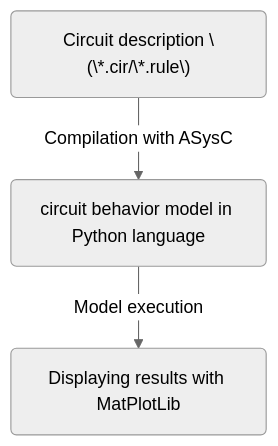
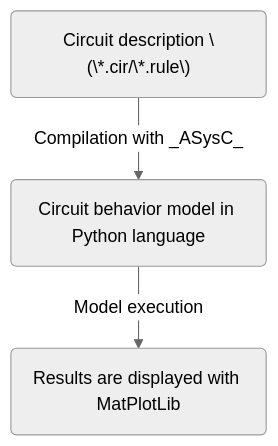
One commit to analog-system-compiler/asysc changed the fifth of 5 diagrams in doc/asysc.adoc. Above: the diagram before and after it, drawn with Mermaid. The commit also changed other lines of this file and 4 other files, not shown here.

```diff
--- a/doc/asysc.adoc
+++ b/doc/asysc.adoc
@@ -264,13 +308,13 @@
 [mermaid]
 ----
 ---
 config:
   theme: neutral
   look: classic
 ---
 flowchart TD
 A("Circuit description \(\*.cir/\*.rule\)")
-B("circuit behavior model in Python language")
-C("Displaying results with MatPlotLib")
-A -- Compilation with ASysC -->B --Model execution--> C
+B("Circuit behavior model in Python language")
+C("Results are displayed with MatPlotLib")
+A -- Compilation with _ASysC_ -->B --Model execution--> C
 ----
```
